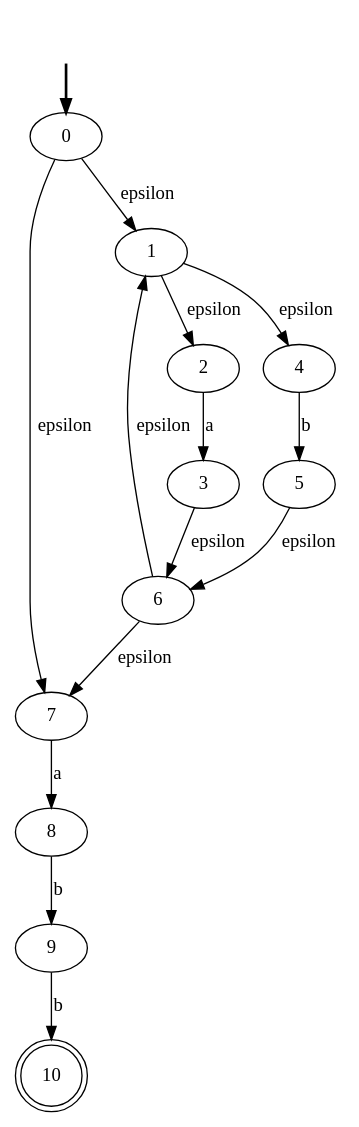
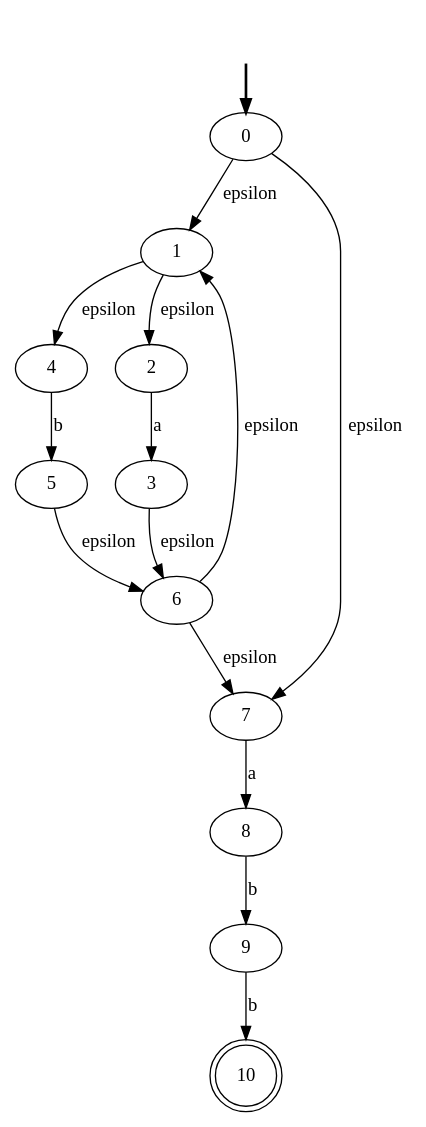
Before and after one commit to JDiegoS/Proyecto-1-DLP: the diagram in thompsonAFN.dot, drawn with Graphviz. The commit also changed other lines of this file and 6 other files, not shown here.

```diff
--- a/thompsonAFN.dot
+++ b/thompsonAFN.dot
@@ -1,28 +1,28 @@
 digraph {
 	fake0 [style=invisible]
+	3
+	9
+	8
+	0 [root=true]
+	10 [shape=doublecircle]
+	4
+	1
+	6
+	7
 	2
-	6
-	4
-	9
-	10 [shape=doublecircle]
-	3
-	0 [root=true]
-	8
-	7
-	1
 	5
 	fake0 -> 0 [style=bold]
+	0 -> 7 [label=epsilon]
 	0 -> 1 [label=epsilon]
-	0 -> 7 [label=epsilon]
+	6 -> 7 [label=epsilon]
 	6 -> 1 [label=epsilon]
-	6 -> 7 [label=epsilon]
+	1 -> 4 [label=epsilon]
 	1 -> 2 [label=epsilon]
-	1 -> 4 [label=epsilon]
 	2 -> 3 [label=a]
 	4 -> 5 [label=b]
 	3 -> 6 [label=epsilon]
 	5 -> 6 [label=epsilon]
 	7 -> 8 [label=a]
 	8 -> 9 [label=b]
 	9 -> 10 [label=b]
 }
```
